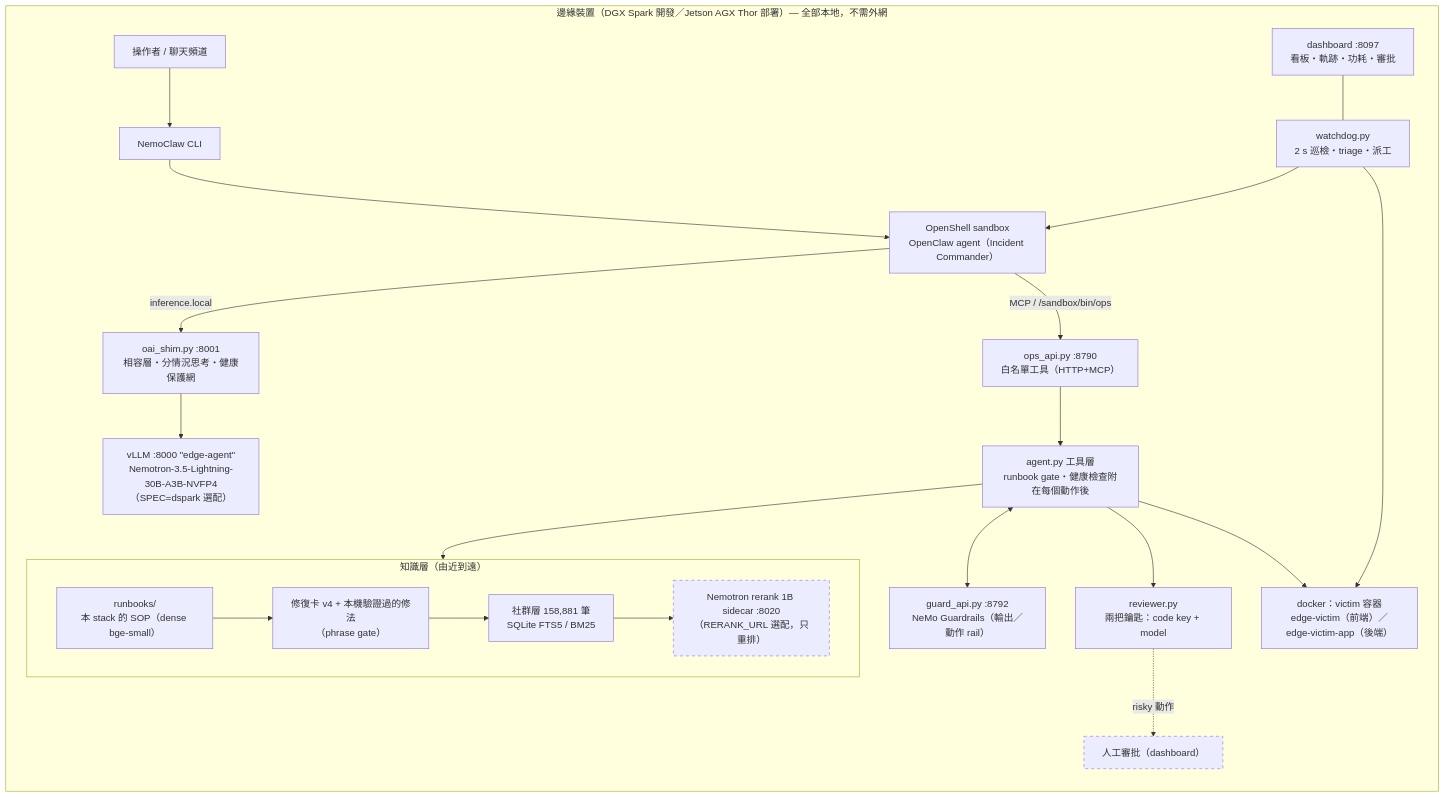
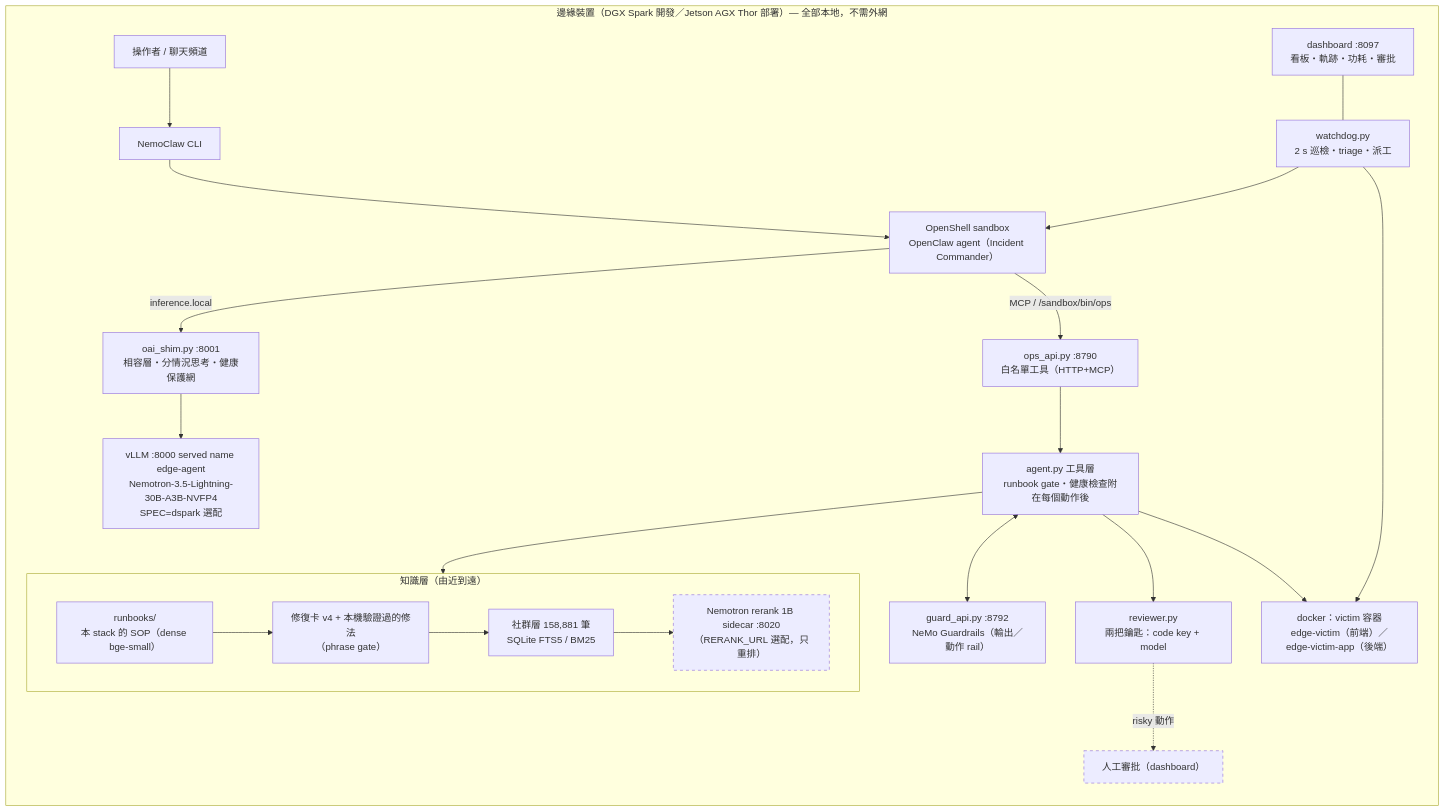
Before and after one commit to Vanisherzd/BlackOps: the diagram in README.md, drawn with Mermaid.

Commit message:
README: Mermaid label without quote entities (GitHub decodes them before parsing)

````diff
--- a/README.md
+++ b/README.md
@@ -11,28 +11,28 @@
 ```mermaid
 flowchart TB
   subgraph box["邊緣裝置（DGX Spark 開發／Jetson AGX Thor 部署）— 全部本地，不需外網"]
     direction TB
     user["操作者 / 聊天頻道"] --> cli["NemoClaw CLI"]
     cli --> sandbox["OpenShell sandbox<br/>OpenClaw agent（Incident Commander）"]
     sandbox -- "inference.local" --> shim["oai_shim.py :8001<br/>相容層・分情況思考・健康保護網"]
-    shim --> vllm["vLLM :8000 &quot;edge-agent&quot;<br/>Nemotron-3.5-Lightning-30B-A3B-NVFP4<br/>（SPEC=dspark 選配）"]
+    shim --> vllm["vLLM :8000 served name edge-agent<br/>Nemotron-3.5-Lightning-30B-A3B-NVFP4<br/>SPEC=dspark 選配"]
     sandbox -- "MCP / /sandbox/bin/ops" --> ops["ops_api.py :8790<br/>白名單工具（HTTP+MCP）"]
     ops --> agent["agent.py 工具層<br/>runbook gate・健康檢查附在每個動作後"]
     agent <--> guard["guard_api.py :8792<br/>NeMo Guardrails（輸出／動作 rail）"]
     agent --> reviewer["reviewer.py<br/>兩把鑰匙：code key + model"]
     reviewer -. "risky 動作" .-> approval["人工審批（dashboard）"]
     agent --> docker["docker：victim 容器<br/>edge-victim（前端）／edge-victim-app（後端）"]
     watchdog["watchdog.py<br/>2 s 巡檢・triage・派工"] --> sandbox
     watchdog --> docker
     dash["dashboard :8097<br/>看板・軌跡・功耗・審批"] --- watchdog
     subgraph kb["知識層（由近到遠）"]
       direction LR
       rb["runbooks/<br/>本 stack 的 SOP（dense bge-small）"] --> cards["修復卡 v4 + 本機驗證過的修法<br/>（phrase gate）"]
       cards --> comm["社群層 158,881 筆<br/>SQLite FTS5 / BM25"]
       comm --> rr["Nemotron rerank 1B sidecar :8020<br/>（RERANK_URL 選配，只重排）"]
     end
     agent --> kb
   end
   classDef opt stroke-dasharray: 5 5;
   class rr,approval opt;
 ```
````
